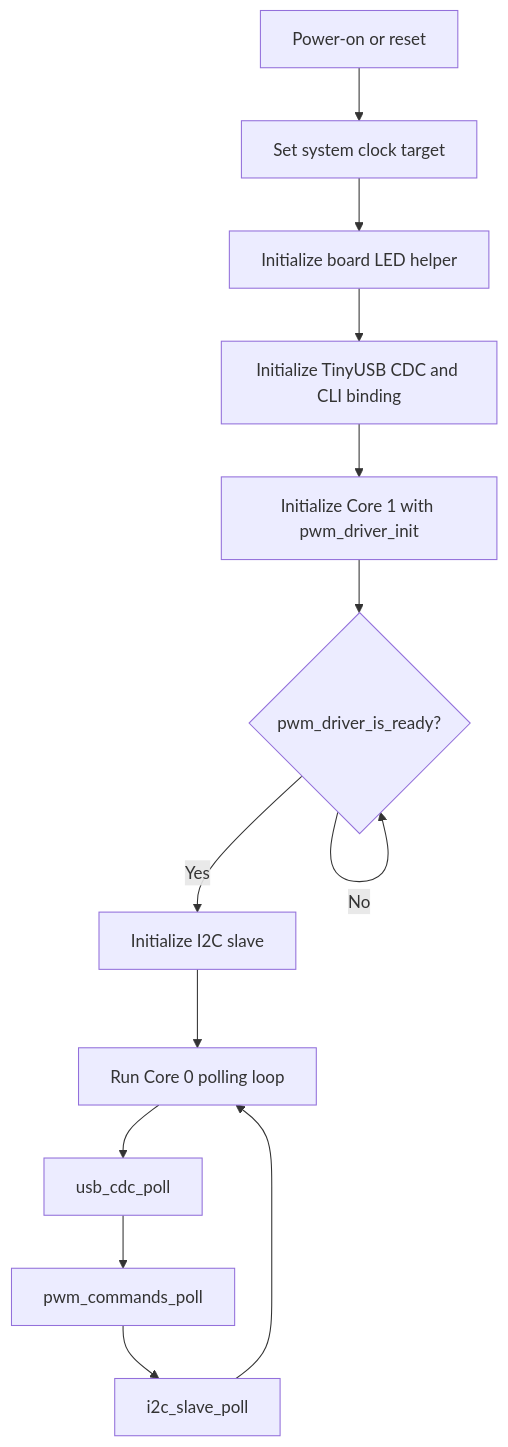
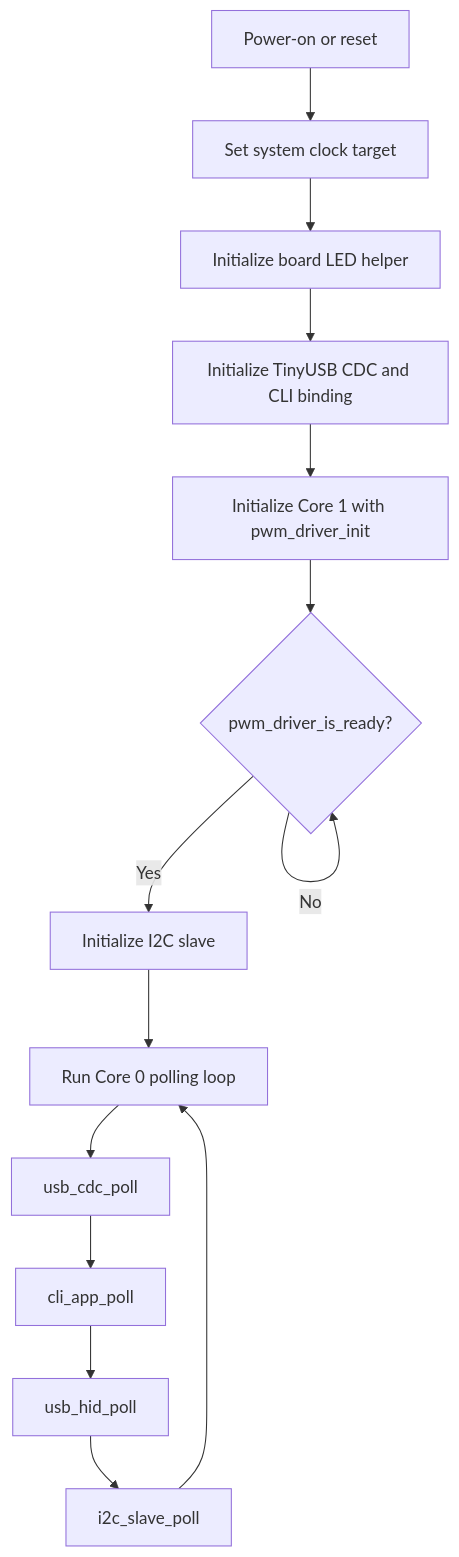
The fourth of 4 diagrams in docs/design/architecture.md (djwinter29-oss/PicoPWM), drawn with Mermaid before and after one commit. The commit also changed other lines of this file and 17 other files, not shown here.

````diff
--- a/docs/design/architecture.md
+++ b/docs/design/architecture.md
@@ -318,15 +318,16 @@
 ```mermaid
 flowchart TD
     Reset[Power-on or reset] --> Clock[Set system clock target]
     Clock --> LED[Initialize board LED helper]
     LED --> USB[Initialize TinyUSB CDC and CLI binding]
     USB --> Launch[Initialize Core 1 with pwm_driver_init]
     Launch --> Ready{pwm_driver_is_ready?}
     Ready -- No --> Ready
     Ready -- Yes --> I2C[Initialize I2C slave]
     I2C --> Loop[Run Core 0 polling loop]
     Loop --> USBPoll[usb_cdc_poll]
-    USBPoll --> CLIPoll[pwm_commands_poll]
-    CLIPoll --> I2CPoll[i2c_slave_poll]
+    USBPoll --> CLIPoll[cli_app_poll]
+    CLIPoll --> HIDPoll[usb_hid_poll]
+    HIDPoll --> I2CPoll[i2c_slave_poll]
     I2CPoll --> Loop
 ```
````
